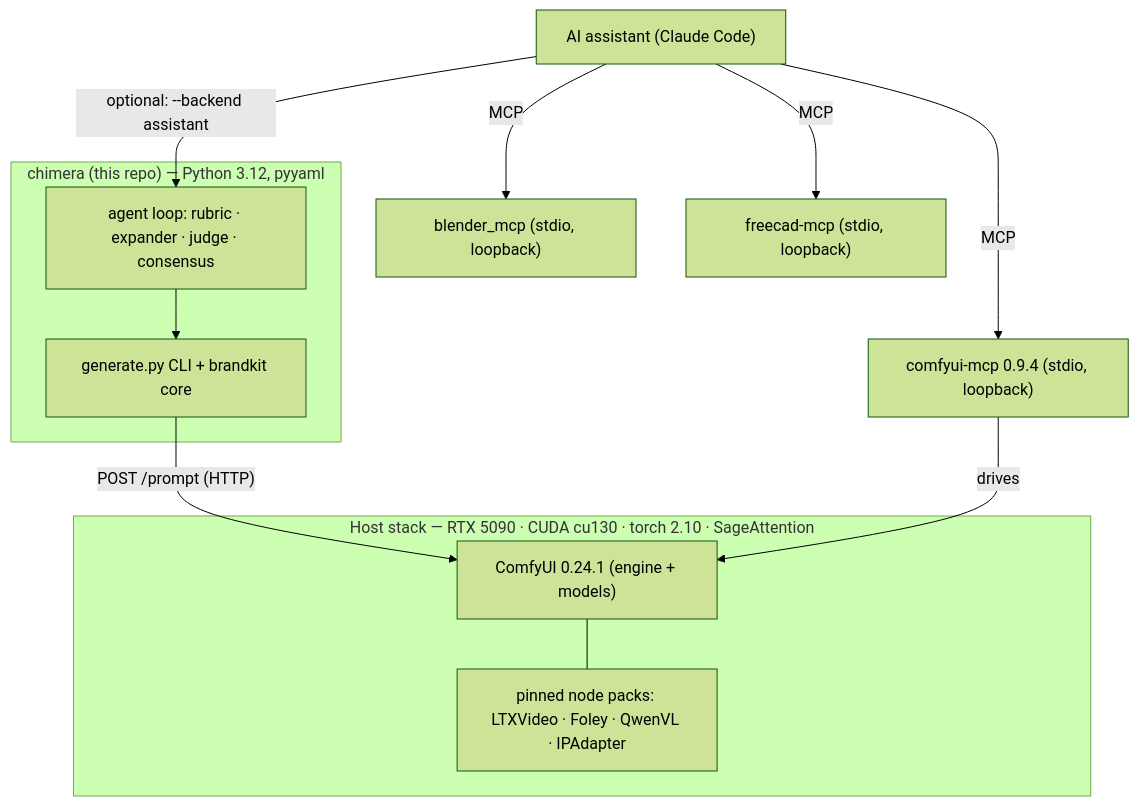
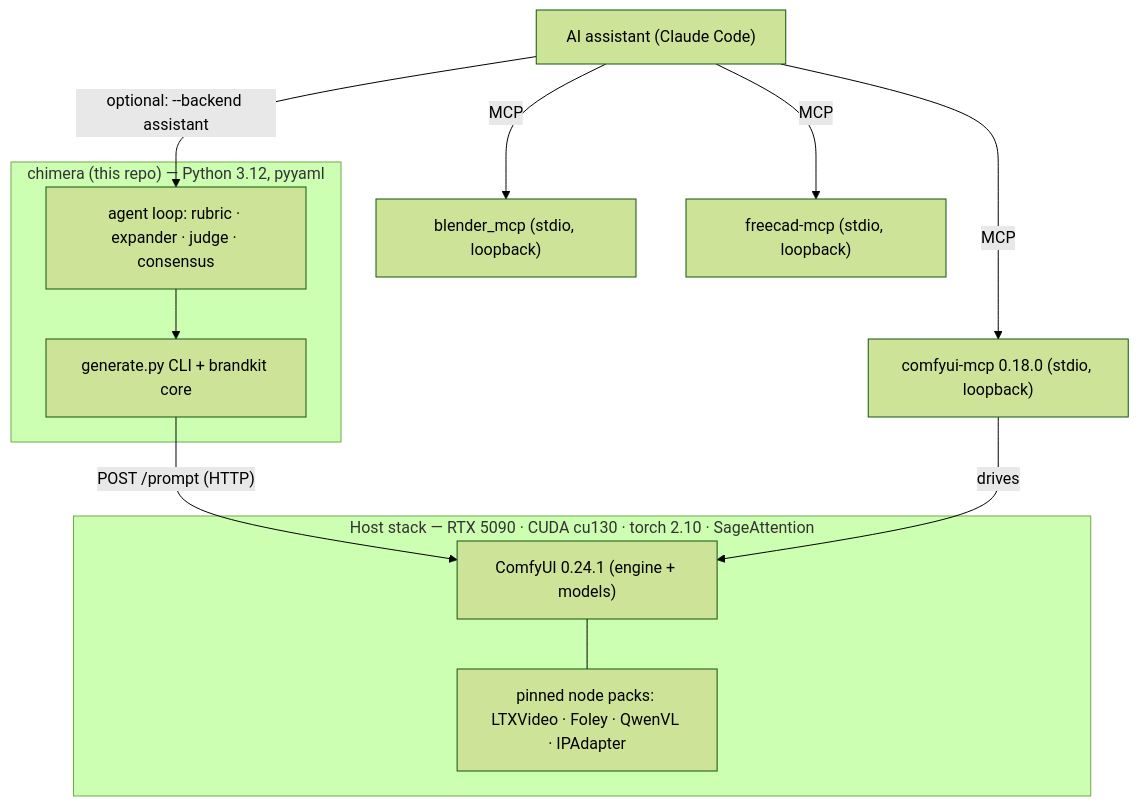
One commit to whartons/Chimera changed the diagram in docs/STACK.md. Above: the diagram before and after it, drawn with Mermaid (forest theme). The commit also changed other lines of this file and 9 other files, not shown here.

First line of the commit message:
chore(deps): bump LTXVideo, comfyui-mcp, blender_mcp after weekly re-audit (#34)

````diff
--- a/docs/STACK.md
+++ b/docs/STACK.md
@@ -12,22 +12,22 @@
 ```mermaid
 flowchart TD
     subgraph host["Host stack — RTX 5090 · CUDA cu130 · torch 2.10 · SageAttention"]
         comfy["ComfyUI 0.24.1 (engine + models)"]
         packs["pinned node packs: LTXVideo · Foley · QwenVL · IPAdapter"]
         comfy --- packs
     end
     subgraph chimera["chimera (this repo) — Python 3.12, pyyaml"]
         cli["generate.py CLI + brandkit core"]
         agent["agent loop: rubric · expander · judge · consensus"]
     end
-    mcp["comfyui-mcp 0.9.4 (stdio, loopback)"]
+    mcp["comfyui-mcp 0.18.0 (stdio, loopback)"]
     cli -->|"POST /prompt (HTTP)"| comfy
     agent --> cli
     mcp -->|drives| comfy
     assistant["AI assistant (Claude Code)"] -->|MCP| mcp
     blender["blender_mcp (stdio, loopback)"]
     freecad["freecad-mcp (stdio, loopback)"]
     assistant -->|MCP| blender
     assistant -->|MCP| freecad
     assistant -->|"optional: --backend assistant"| agent
 ```
````
